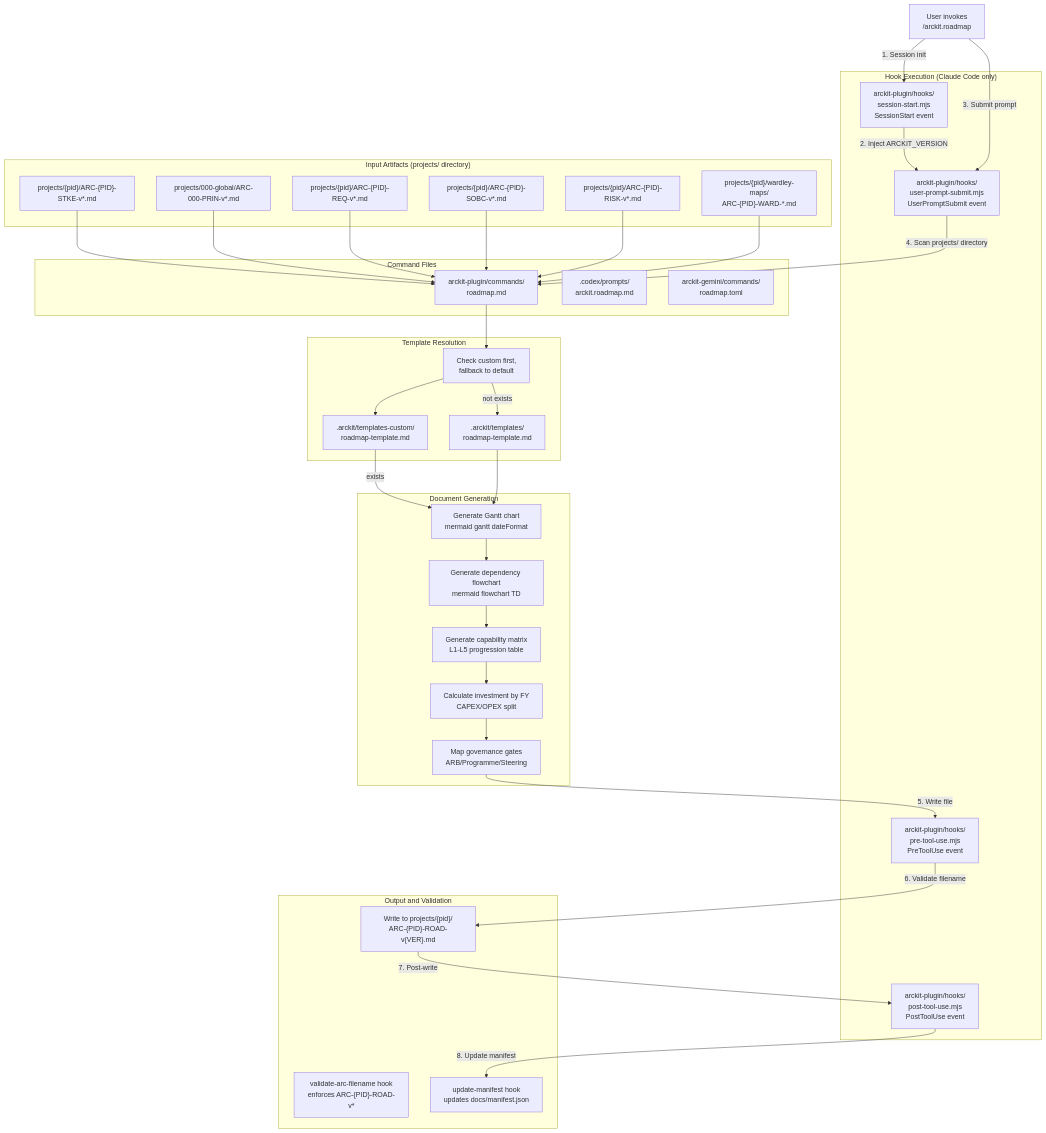
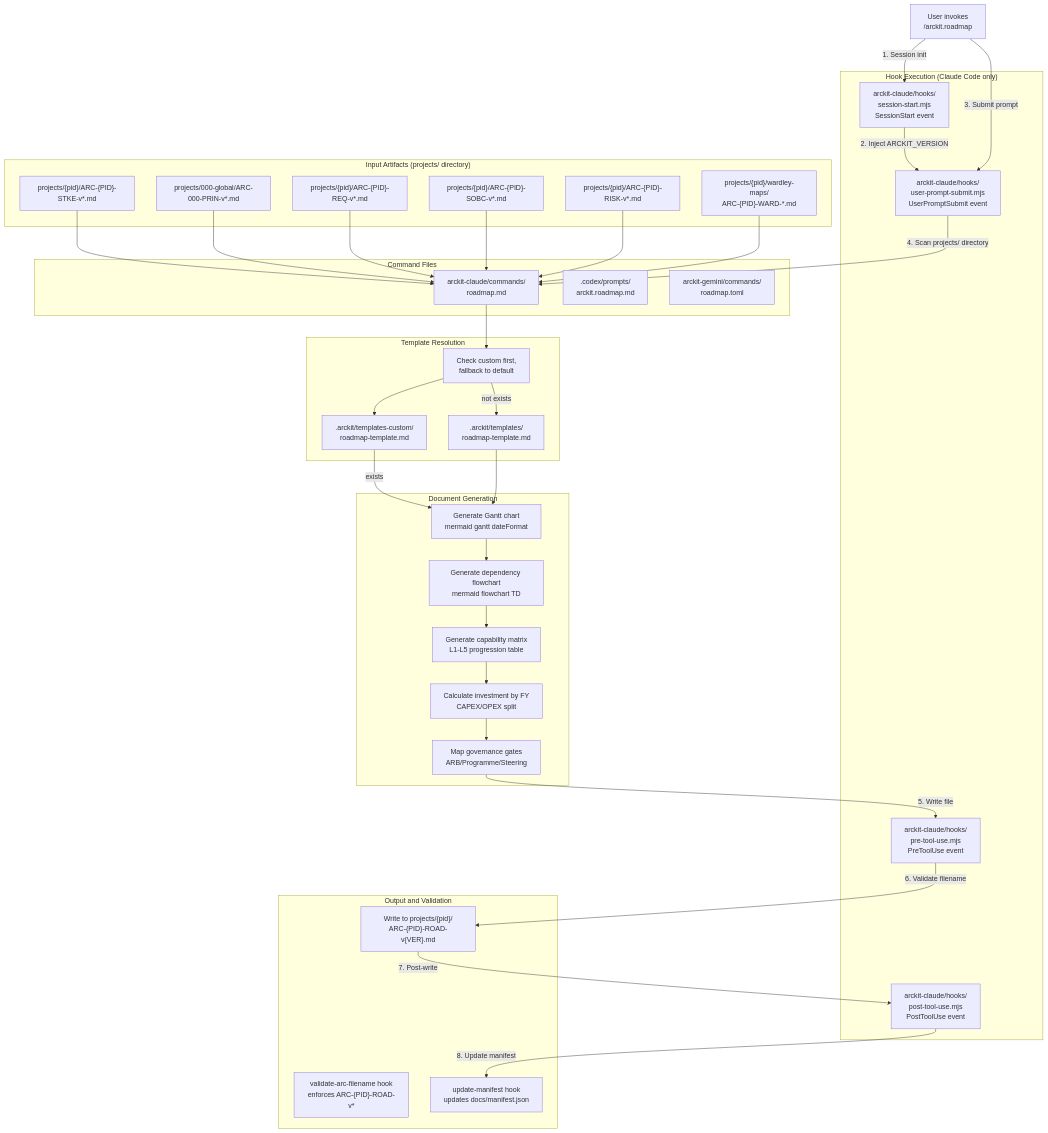
One commit to AmirulAndalib/arc-kit changed the diagram in docs/book-research/deepwiki-diagrams/candidates/97e6b08b.mmd. Above: the diagram before and after it, drawn with Mermaid. The commit also changed 9 other files, not shown here.

First line of the commit message:
docs: audit remaining 16 candidates; deep-fix converter, doc-types, analyze flow, filename validator

```diff
--- a/docs/book-research/deepwiki-diagrams/candidates/97e6b08b.mmd
+++ b/docs/book-research/deepwiki-diagrams/candidates/97e6b08b.mmd
@@ -1,72 +1,73 @@
+%% audited 2026-04-20 (bulk path/version fixes)
 flowchart TD
     User["User invokes<br/>/arckit.roadmap"]
     
     subgraph "Input Artifacts (projects/ directory)"
         STKE["projects/{pid}/ARC-{PID}-STKE-v*.md"]
         PRIN["projects/000-global/ARC-000-PRIN-v*.md"]
         REQ["projects/{pid}/ARC-{PID}-REQ-v*.md"]
         SOBC["projects/{pid}/ARC-{PID}-SOBC-v*.md"]
         RISK["projects/{pid}/ARC-{PID}-RISK-v*.md"]
         WARD["projects/{pid}/wardley-maps/<br/>ARC-{PID}-WARD-*.md"]
     end
     
     subgraph "Hook Execution (Claude Code only)"
-        SESHOOK["arckit-plugin/hooks/<br/>session-start.mjs<br/>SessionStart event"]
-        CONTEXTHOOK["arckit-plugin/hooks/<br/>user-prompt-submit.mjs<br/>UserPromptSubmit event"]
-        PREHOOK["arckit-plugin/hooks/<br/>pre-tool-use.mjs<br/>PreToolUse event"]
-        POSTHOOK["arckit-plugin/hooks/<br/>post-tool-use.mjs<br/>PostToolUse event"]
+        SESHOOK["arckit-claude/hooks/<br/>session-start.mjs<br/>SessionStart event"]
+        CONTEXTHOOK["arckit-claude/hooks/<br/>user-prompt-submit.mjs<br/>UserPromptSubmit event"]
+        PREHOOK["arckit-claude/hooks/<br/>pre-tool-use.mjs<br/>PreToolUse event"]
+        POSTHOOK["arckit-claude/hooks/<br/>post-tool-use.mjs<br/>PostToolUse event"]
     end
     
     subgraph "Command Files"
-        CLAUDECMD["arckit-plugin/commands/<br/>roadmap.md"]
+        CLAUDECMD["arckit-claude/commands/<br/>roadmap.md"]
         CODEXCMD[".codex/prompts/<br/>arckit.roadmap.md"]
         GEMINICMD["arckit-gemini/commands/<br/>roadmap.toml"]
     end
     
     subgraph "Template Resolution"
         CUSTOM[".arckit/templates-custom/<br/>roadmap-template.md"]
         DEFAULT[".arckit/templates/<br/>roadmap-template.md"]
         RESOLVE["Check custom first,<br/>fallback to default"]
     end
     
     subgraph "Document Generation"
         GANTT["Generate Gantt chart<br/>mermaid gantt dateFormat"]
         DEPS["Generate dependency flowchart<br/>mermaid flowchart TD"]
         MATRIX["Generate capability matrix<br/>L1-L5 progression table"]
         INVEST["Calculate investment by FY<br/>CAPEX/OPEX split"]
         GATES["Map governance gates<br/>ARB/Programme/Steering"]
     end
     
     subgraph "Output and Validation"
         WRITE["Write to projects/{pid}/<br/>ARC-{PID}-ROAD-v{VER}.md"]
         FILENAME["validate-arc-filename hook<br/>enforces ARC-{PID}-ROAD-v*"]
         MANIFEST["update-manifest hook<br/>updates docs/manifest.json"]
     end
     
     User -->|"1. Session init"| SESHOOK
     SESHOOK -->|"2. Inject ARCKIT_VERSION"| CONTEXTHOOK
     User -->|"3. Submit prompt"| CONTEXTHOOK
     CONTEXTHOOK -->|"4. Scan projects/ directory"| CLAUDECMD
     
     STKE --> CLAUDECMD
     PRIN --> CLAUDECMD
     REQ --> CLAUDECMD
     SOBC --> CLAUDECMD
     RISK --> CLAUDECMD
     WARD --> CLAUDECMD
     
     CLAUDECMD --> RESOLVE
     RESOLVE --> CUSTOM
     CUSTOM -->|"exists"| GANTT
     RESOLVE -->|"not exists"| DEFAULT
     DEFAULT --> GANTT
     
     GANTT --> DEPS
     DEPS --> MATRIX
     MATRIX --> INVEST
     INVEST --> GATES
     
     GATES -->|"5. Write file"| PREHOOK
     PREHOOK -->|"6. Validate filename"| WRITE
     WRITE -->|"7. Post-write"| POSTHOOK
     POSTHOOK -->|"8. Update manifest"| MANIFEST
```
